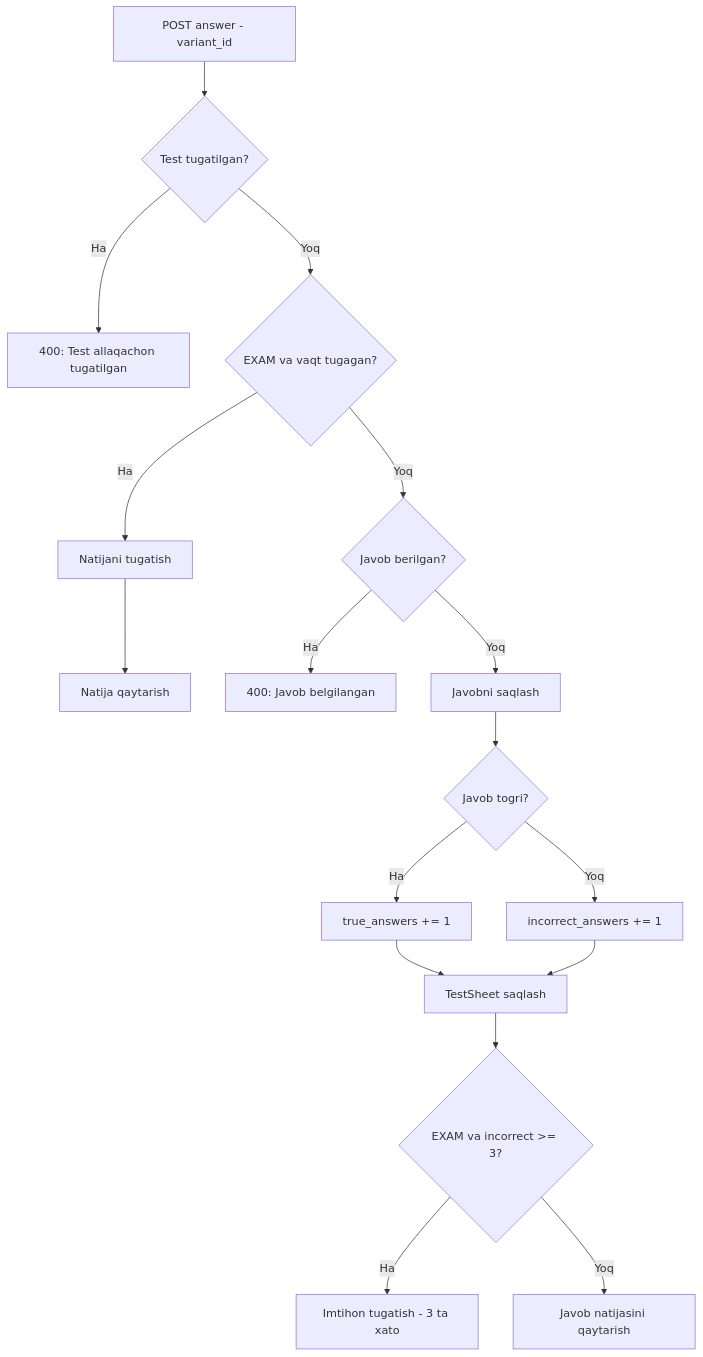
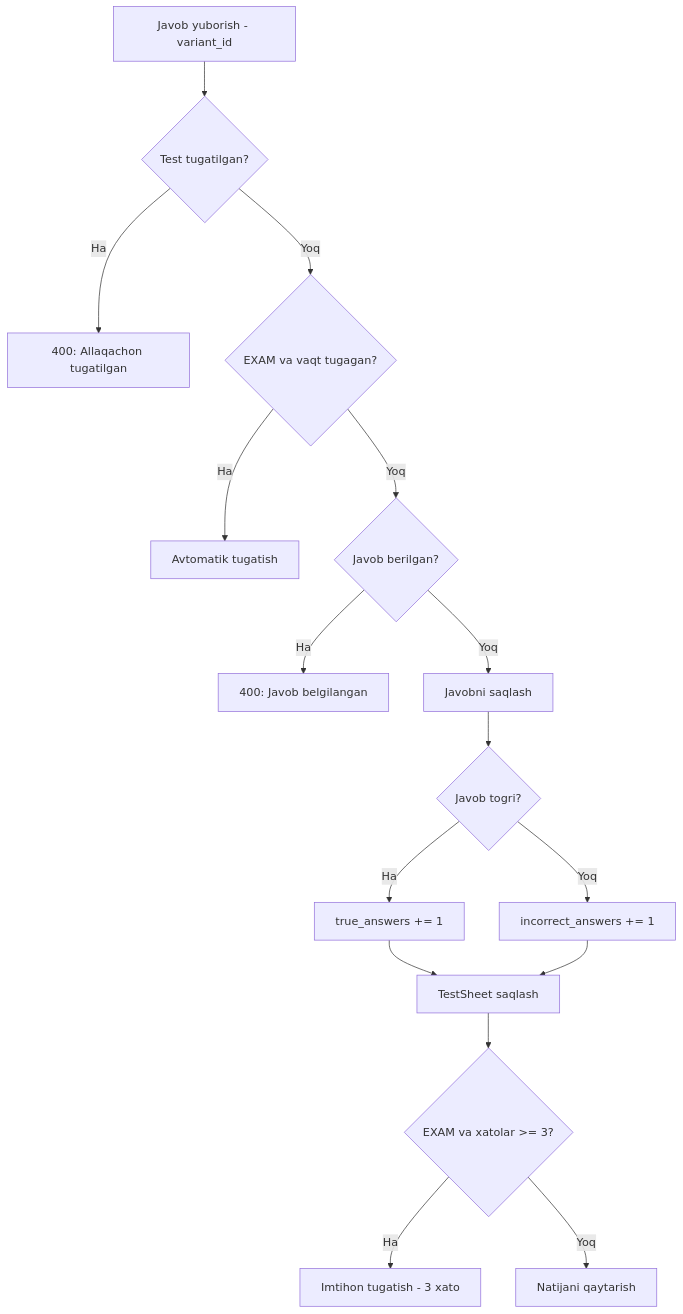
The tenth of 16 diagrams in README.md (khismoiloff/BrpAvtoTest), drawn with Mermaid before and after one commit. The commit also changed other lines of this file, not shown here.

````diff
--- a/README.md
+++ b/README.md
@@ -545,26 +633,25 @@
 ```mermaid
 %%{init: {'theme': 'default'}}%%
 flowchart TD
-    A[POST answer - variant_id] --> B{Test tugatilgan?}
-    B -->|Ha| C[400: Test allaqachon tugatilgan]
-    
+    A[Javob yuborish - variant_id] --> B{Test tugatilgan?}
+    B -->|Ha| C[400: Allaqachon tugatilgan]
+
     B -->|Yoq| D{EXAM va vaqt tugagan?}
-    D -->|Ha| E[Natijani tugatish]
-    E --> F[Natija qaytarish]
-    
+    D -->|Ha| E[Avtomatik tugatish]
+
     D -->|Yoq| G{Javob berilgan?}
     G -->|Ha| H[400: Javob belgilangan]
-    
+
     G -->|Yoq| I[Javobni saqlash]
     I --> J{Javob togri?}
-    
+
     J -->|Ha| K[true_answers += 1]
     J -->|Yoq| L[incorrect_answers += 1]
-    
+
     K --> M[TestSheet saqlash]
     L --> M
-    
-    M --> N{EXAM va incorrect >= 3?}
-    N -->|Ha| O[Imtihon tugatish - 3 ta xato]
-    N -->|Yoq| P[Javob natijasini qaytarish]
+
+    M --> N{EXAM va xatolar >= 3?}
+    N -->|Ha| O[Imtihon tugatish - 3 xato]
+    N -->|Yoq| P[Natijani qaytarish]
 ```
````
